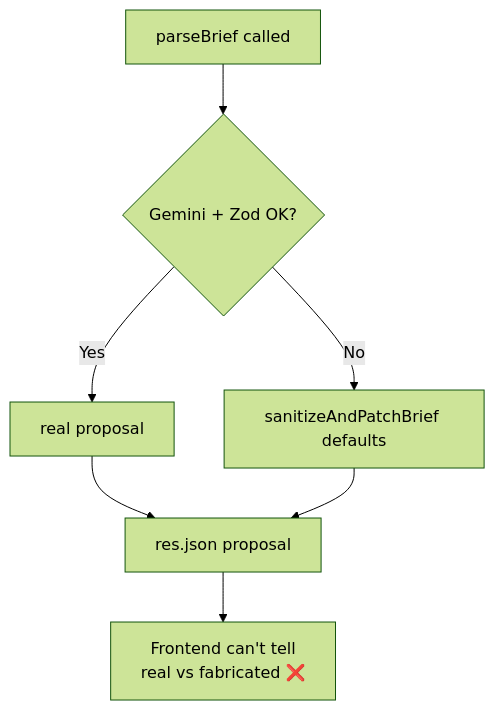
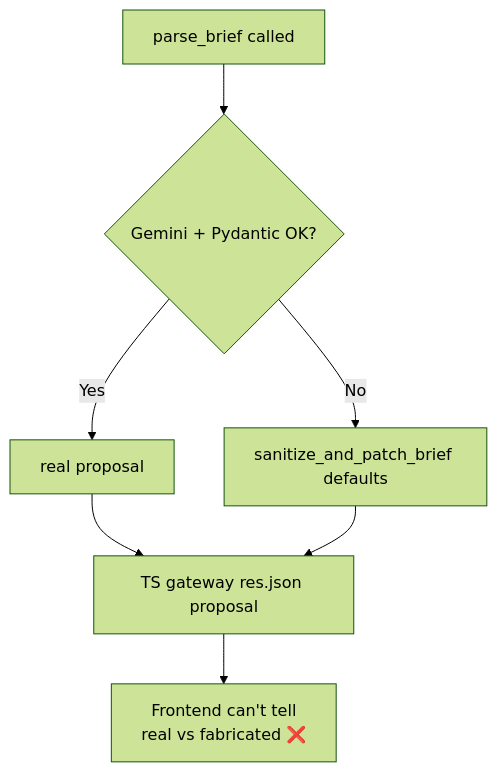
Before and after one commit to FixFlow-AI/FixFlow-AI-web: the first of 2 diagrams in docs/specifications/ai_features/stories/AIE-02-brief-parser-honest-fallback.md, drawn with Mermaid (forest theme). The commit also changed other lines of this file and 13 other files, not shown here.

````diff
--- a/docs/specifications/ai_features/stories/AIE-02-brief-parser-honest-fallback.md
+++ b/docs/specifications/ai_features/stories/AIE-02-brief-parser-honest-fallback.md
@@ -32,9 +40,9 @@
 ```mermaid
 flowchart TD
-    A[parseBrief called] --> B{Gemini + Zod OK?}
+    A[parse_brief called] --> B{Gemini + Pydantic OK?}
     B -->|Yes| C[real proposal]
-    B -->|No| D[sanitizeAndPatchBrief defaults]
-    C --> E[res.json proposal]
+    B -->|No| D[sanitize_and_patch_brief defaults]
+    C --> E[TS gateway res.json proposal]
     D --> E
     E --> F["Frontend can't tell<br/>real vs fabricated ❌"]
 ```
````
